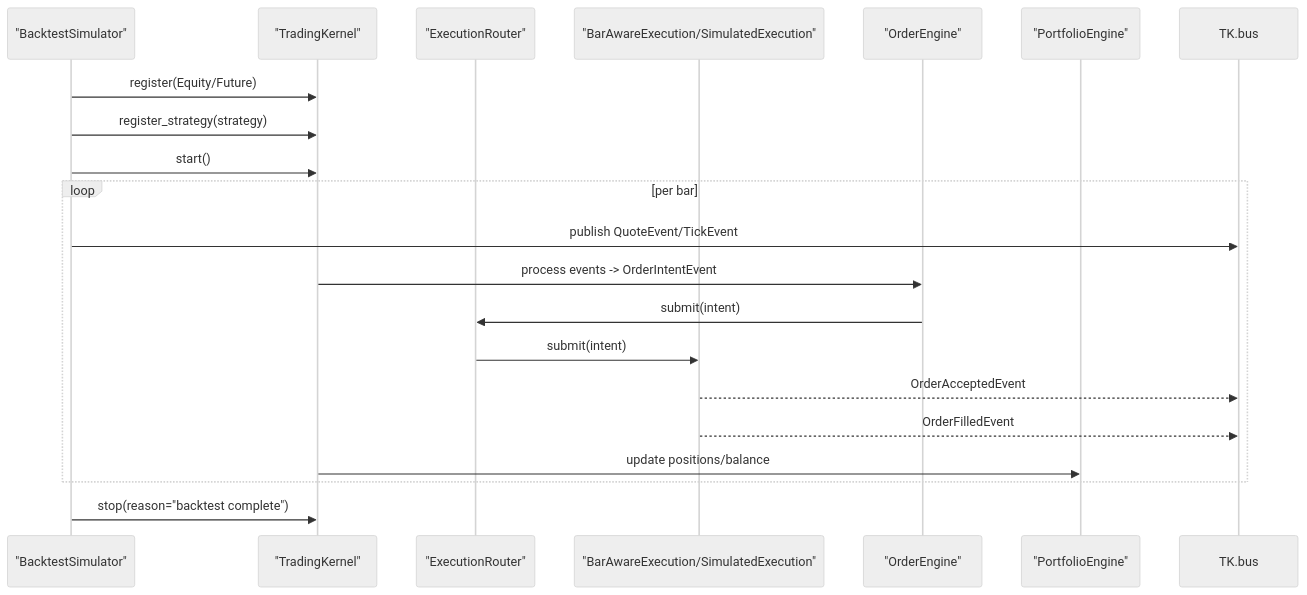
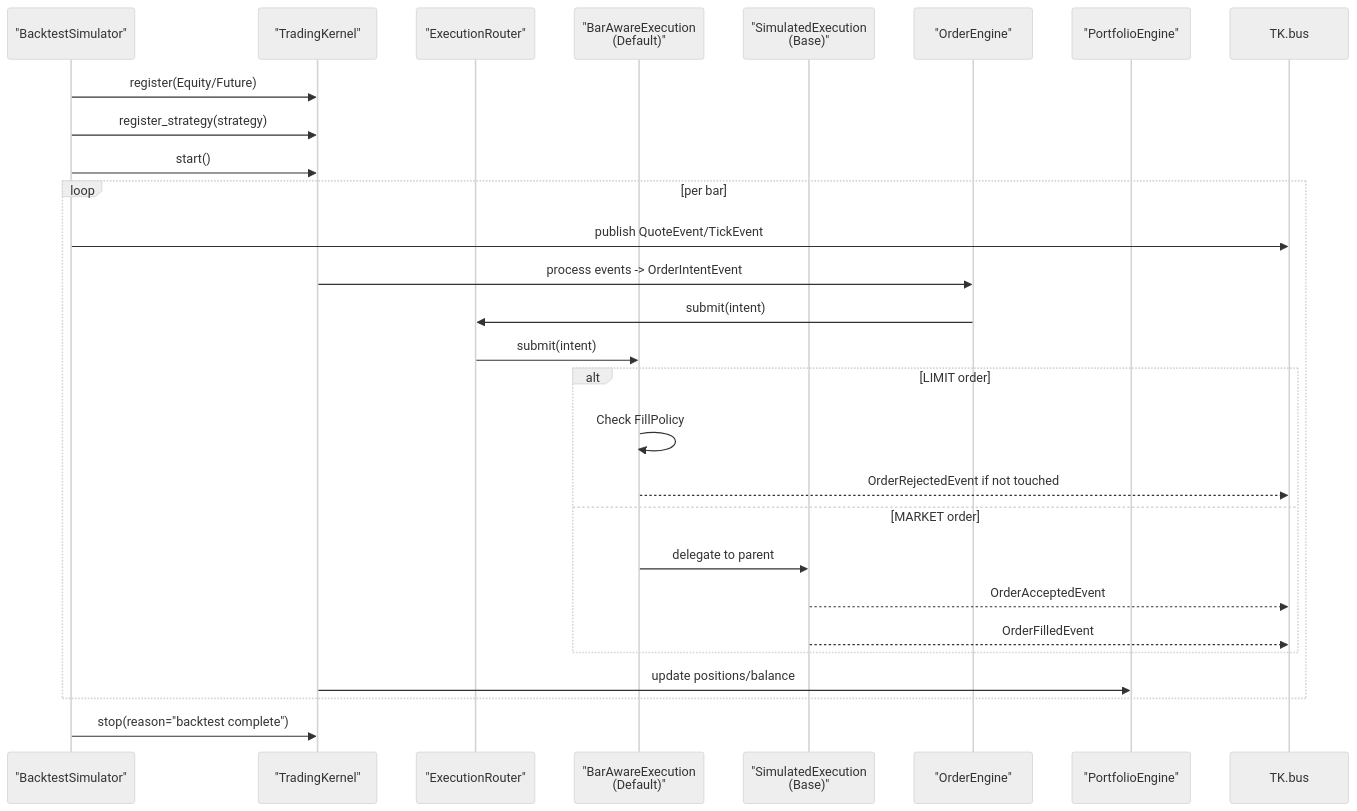
The sixth of 7 diagrams in .qoder/repowiki/en/content/Backtesting & Simulation/Backtest Simulator.md (Ganesh-Kusundal/nTrade), drawn with Mermaid (neutral theme) before and after one commit. The commit also changed other lines of this file and 203 other files, not shown here.

````diff
--- a/.qoder/repowiki/en/content/Backtesting & Simulation/Backtest Simulator.md
+++ b/.qoder/repowiki/en/content/Backtesting & Simulation/Backtest Simulator.md
@@ -329,22 +345,29 @@
 ```mermaid
 sequenceDiagram
 participant BS as "BacktestSimulator"
 participant TK as "TradingKernel"
 participant ER as "ExecutionRouter"
-participant BE as "BarAwareExecution/SimulatedExecution"
+participant BAE as "BarAwareExecution<br/>(Default)"
+participant SE as "SimulatedExecution<br/>(Base)"
 participant OE as "OrderEngine"
 participant PE as "PortfolioEngine"
 BS->>TK : register(Equity/Future)
 BS->>TK : register_strategy(strategy)
 BS->>TK : start()
 loop per bar
 BS->>TK.bus : publish QuoteEvent/TickEvent
 TK->>OE : process events -> OrderIntentEvent
 OE->>ER : submit(intent)
-ER->>BE : submit(intent)
-BE-->>TK.bus : OrderAcceptedEvent
-BE-->>TK.bus : OrderFilledEvent
+ER->>BAE : submit(intent)
+alt LIMIT order
+BAE->>BAE : Check FillPolicy
+BAE-->>TK.bus : OrderRejectedEvent if not touched
+else MARKET order
+BAE->>SE : delegate to parent
+SE-->>TK.bus : OrderAcceptedEvent
+SE-->>TK.bus : OrderFilledEvent
+end
 TK->>PE : update positions/balance
 end
 BS->>TK : stop(reason="backtest complete")
 ```
````
